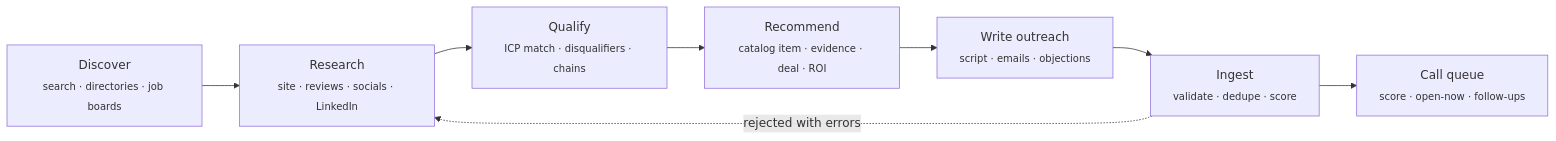
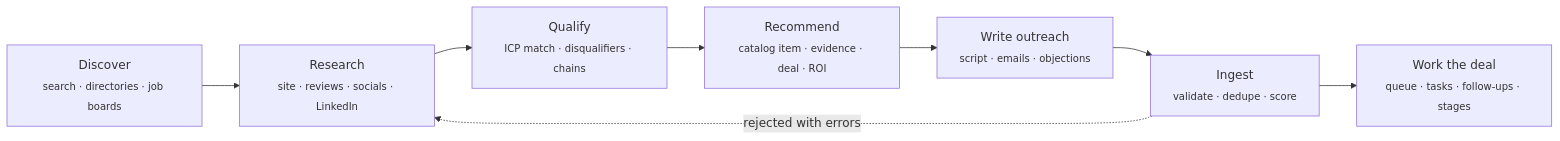
One commit to Kin9Zeus/Devleck-Lead-Engine changed the second of 2 diagrams in README.md. Above: the diagram before and after it, drawn with Mermaid. The commit also changed other lines of this file and 32 other files, not shown here.

````diff
--- a/README.md
+++ b/README.md
@@ -210,10 +352,10 @@
 ```mermaid
 flowchart LR
     A["Discover<br/><sub>search · directories · job boards</sub>"] --> B["Research<br/><sub>site · reviews · socials · LinkedIn</sub>"]
     B --> C["Qualify<br/><sub>ICP match · disqualifiers · chains</sub>"]
     C --> D["Recommend<br/><sub>catalog item · evidence · deal · ROI</sub>"]
     D --> E["Write outreach<br/><sub>script · emails · objections</sub>"]
     E --> F["Ingest<br/><sub>validate · dedupe · score</sub>"]
-    F --> G["Call queue<br/><sub>score · open-now · follow-ups</sub>"]
+    F --> G["Work the deal<br/><sub>queue · tasks · follow-ups · stages</sub>"]
     F -. rejected with errors .-> B
 ```
````
